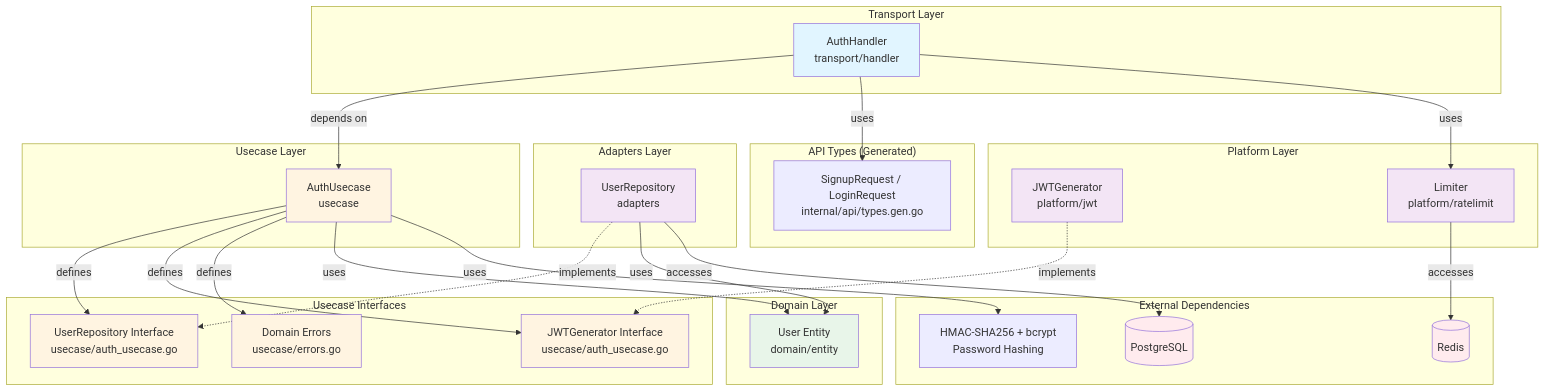
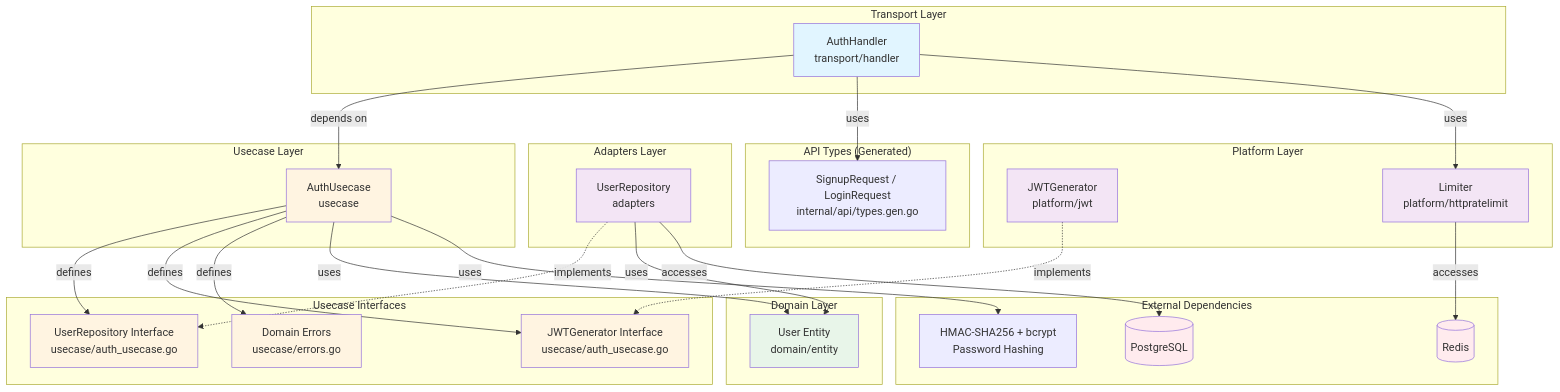
One commit to UCHIDAnobuhiro/stock_backend changed the sixth of 6 diagrams in internal/feature/auth/README.md. Above: the diagram before and after it, drawn with Mermaid. The commit also changed 19 other files, not shown here.

````diff
--- a/internal/feature/auth/README.md
+++ b/internal/feature/auth/README.md
@@ -424,65 +424,65 @@
 ```mermaid
 graph TB
     subgraph "Transport Layer"
         Handler[AuthHandler<br/>transport/handler]
     end
 
     subgraph "API Types (Generated)"
         APITypes[SignupRequest / LoginRequest<br/>internal/api/types.gen.go]
     end
 
     subgraph "Usecase Layer"
         Usecase[AuthUsecase<br/>usecase]
     end
 
     subgraph "Domain Layer"
         Entity[User Entity<br/>domain/entity]
     end
 
     subgraph "Usecase Interfaces"
         RepoInterface[UserRepository Interface<br/>usecase/auth_usecase.go]
         JWTInterface[JWTGenerator Interface<br/>usecase/auth_usecase.go]
         Errors[Domain Errors<br/>usecase/errors.go]
     end
 
     subgraph "Adapters Layer"
         RepoImpl[UserRepository<br/>adapters]
     end
 
     subgraph "Platform Layer"
         JWTImpl[JWTGenerator<br/>platform/jwt]
-        RateLimiter[Limiter<br/>platform/ratelimit]
+        RateLimiter[Limiter<br/>platform/httpratelimit]
     end
 
     subgraph "External Dependencies"
         DB[(PostgreSQL)]
         BCrypt[HMAC-SHA256 + bcrypt<br/>Password Hashing]
         Redis[(Redis)]
     end
 
     Handler -->|depends on| Usecase
     Handler -->|uses| APITypes
     Handler -->|uses| RateLimiter
     Usecase -->|defines| RepoInterface
     Usecase -->|defines| JWTInterface
     Usecase -->|defines| Errors
     Usecase -->|uses| Entity
     Usecase -->|uses| BCrypt
     RepoImpl -.->|implements| RepoInterface
     RepoImpl -->|uses| Entity
     RepoImpl -->|accesses| DB
     JWTImpl -.->|implements| JWTInterface
     RateLimiter -->|accesses| Redis
 
     style Handler fill:#e1f5ff
     style Usecase fill:#fff4e1
     style Entity fill:#e8f5e9
     style RepoInterface fill:#fff4e1
     style JWTInterface fill:#fff4e1
     style Errors fill:#fff4e1
     style RepoImpl fill:#f3e5f5
     style JWTImpl fill:#f3e5f5
     style RateLimiter fill:#f3e5f5
     style DB fill:#ffebee
     style Redis fill:#ffebee
 ```
````
